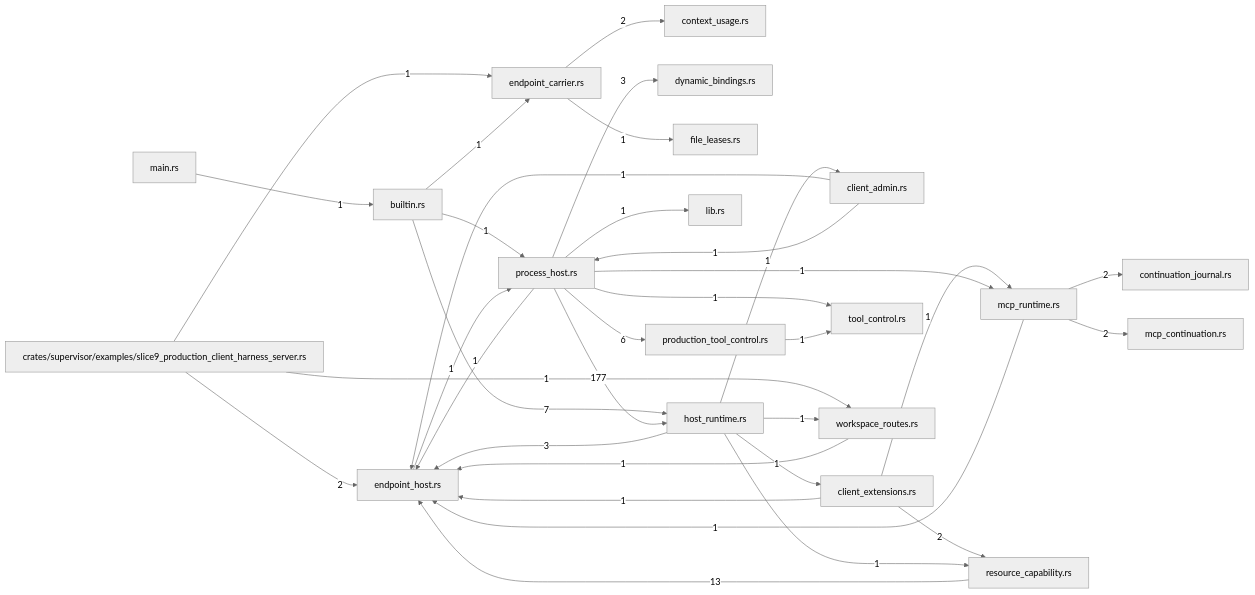
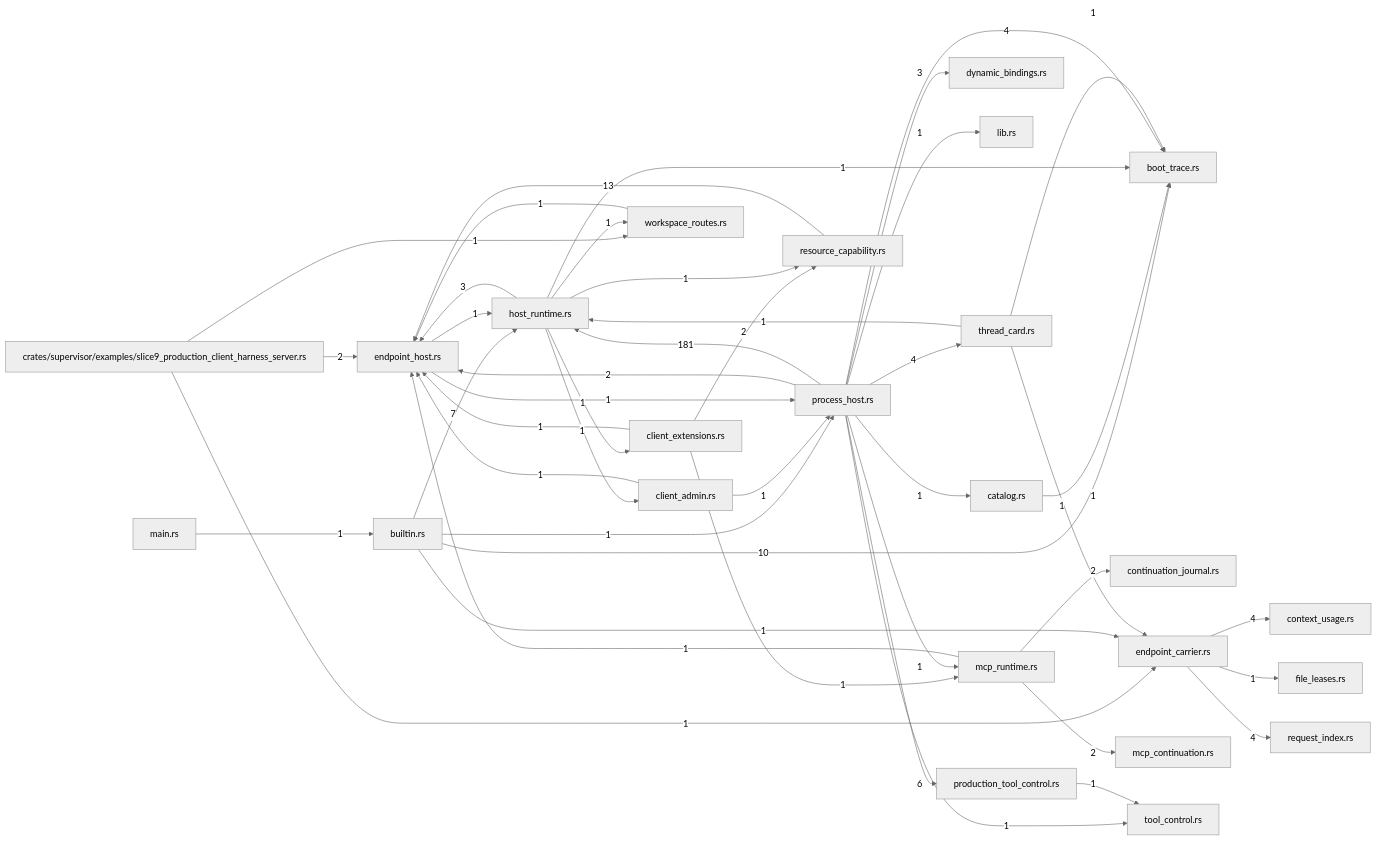
The diagram in crates/supervisor/docs/generated/index.md (TekesApps/TekesKernel), drawn with Mermaid (neutral theme) before and after one commit. The commit also changed other lines of this file and 72 other files, not shown here.

First line of the commit message:
docs(arch): regenerate the architecture atlas for lazy boot (G-BOOT-1 S6b)

````diff
--- a/crates/supervisor/docs/generated/index.md
+++ b/crates/supervisor/docs/generated/index.md
@@ -91,56 +100,71 @@
 ```mermaid
 flowchart LR
   m0["crates/supervisor/examples/slice9_production_client_harness_server.rs"]
-  m1["builtin.rs"]
-  m2["client_admin.rs"]
-  m3["client_extensions.rs"]
-  m4["context_usage.rs"]
-  m5["continuation_journal.rs"]
-  m6["dynamic_bindings.rs"]
-  m7["endpoint_carrier.rs"]
-  m8["endpoint_host.rs"]
-  m9["file_leases.rs"]
-  m10["host_runtime.rs"]
-  m11["lib.rs"]
-  m12["main.rs"]
-  m13["mcp_continuation.rs"]
-  m14["mcp_runtime.rs"]
-  m15["process_host.rs"]
-  m16["production_tool_control.rs"]
-  m17["resource_capability.rs"]
-  m18["tool_control.rs"]
-  m19["workspace_routes.rs"]
-  m0 -->|"1"| m7
-  m0 -->|"2"| m8
-  m0 -->|"1"| m19
-  m1 -->|"1"| m7
-  m1 -->|"7"| m10
-  m1 -->|"1"| m15
-  m2 -->|"1"| m8
-  m2 -->|"1"| m15
-  m3 -->|"1"| m8
-  m3 -->|"1"| m14
-  m3 -->|"2"| m17
-  m7 -->|"2"| m4
-  m7 -->|"1"| m9
-  m8 -->|"1"| m15
-  m10 -->|"1"| m2
-  m10 -->|"1"| m3
-  m10 -->|"3"| m8
+  m1["boot_trace.rs"]
+  m2["builtin.rs"]
+  m3["catalog.rs"]
+  m4["client_admin.rs"]
+  m5["client_extensions.rs"]
+  m6["context_usage.rs"]
+  m7["continuation_journal.rs"]
+  m8["dynamic_bindings.rs"]
+  m9["endpoint_carrier.rs"]
+  m10["endpoint_host.rs"]
+  m11["file_leases.rs"]
+  m12["host_runtime.rs"]
+  m13["lib.rs"]
+  m14["main.rs"]
+  m15["mcp_continuation.rs"]
+  m16["mcp_runtime.rs"]
+  m17["process_host.rs"]
+  m18["production_tool_control.rs"]
+  m19["request_index.rs"]
+  m20["resource_capability.rs"]
+  m21["thread_card.rs"]
+  m22["tool_control.rs"]
+  m23["workspace_routes.rs"]
+  m0 -->|"1"| m9
+  m0 -->|"2"| m10
+  m0 -->|"1"| m23
+  m2 -->|"10"| m1
+  m2 -->|"1"| m9
+  m2 -->|"7"| m12
+  m2 -->|"1"| m17
+  m3 -->|"1"| m1
+  m4 -->|"1"| m10
+  m4 -->|"1"| m17
+  m5 -->|"1"| m10
+  m5 -->|"1"| m16
+  m5 -->|"2"| m20
+  m9 -->|"4"| m6
+  m9 -->|"1"| m11
+  m9 -->|"4"| m19
+  m10 -->|"1"| m12
   m10 -->|"1"| m17
-  m10 -->|"1"| m19
   m12 -->|"1"| m1
-  m14 -->|"2"| m5
-  m14 -->|"1"| m8
-  m14 -->|"2"| m13
-  m15 -->|"3"| m6
-  m15 -->|"1"| m8
-  m15 -->|"177"| m10
-  m15 -->|"1"| m11
-  m15 -->|"1"| m14
-  m15 -->|"6"| m16
-  m15 -->|"1"| m18
-  m16 -->|"1"| m18
-  m17 -->|"13"| m8
-  m19 -->|"1"| m8
+  m12 -->|"1"| m4
+  m12 -->|"1"| m5
+  m12 -->|"3"| m10
+  m12 -->|"1"| m20
+  m12 -->|"1"| m23
+  m14 -->|"1"| m2
+  m16 -->|"2"| m7
+  m16 -->|"1"| m10
+  m16 -->|"2"| m15
+  m17 -->|"4"| m1
+  m17 -->|"1"| m3
+  m17 -->|"3"| m8
+  m17 -->|"2"| m10
+  m17 -->|"181"| m12
+  m17 -->|"1"| m13
+  m17 -->|"1"| m16
+  m17 -->|"6"| m18
+  m17 -->|"4"| m21
+  m17 -->|"1"| m22
+  m18 -->|"1"| m22
+  m20 -->|"13"| m10
+  m21 -->|"1"| m1
+  m21 -->|"1"| m9
+  m21 -->|"1"| m12
+  m23 -->|"1"| m10
 ```
````
